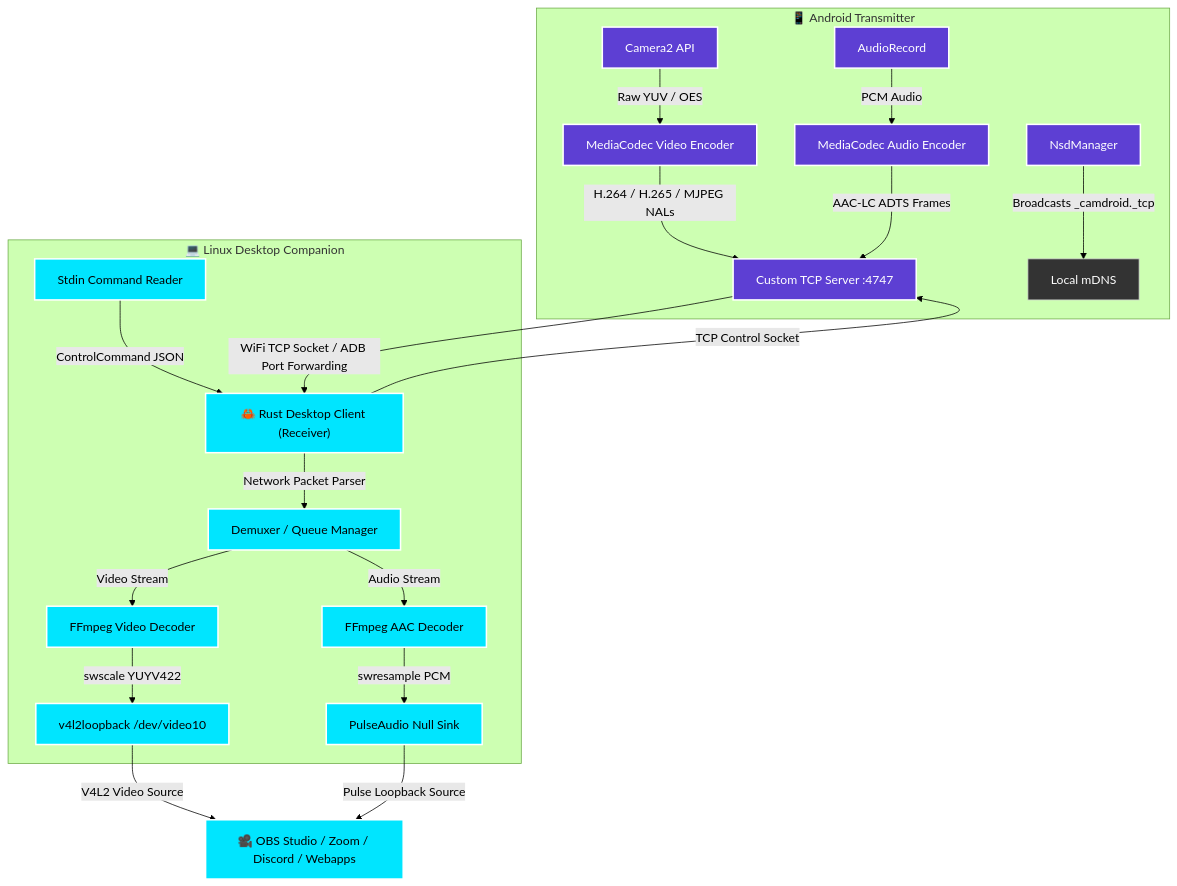
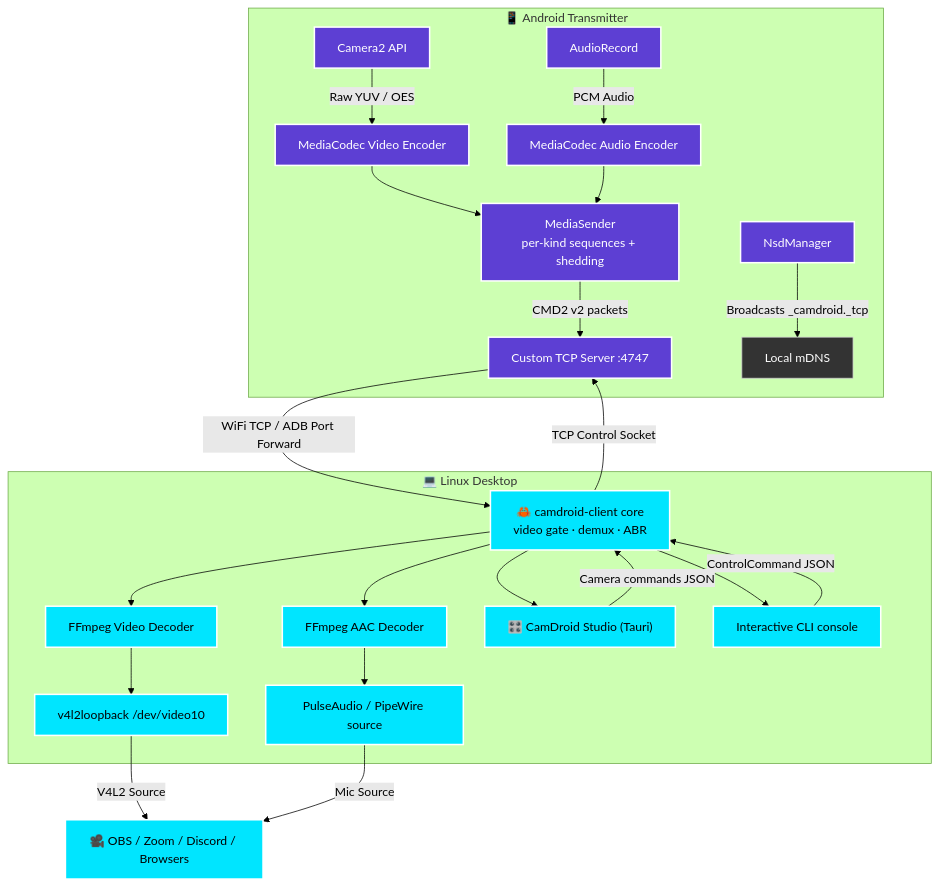
The diagram in README.md (ARYAN007H/CamDroid), drawn with Mermaid (forest theme) before and after one commit. The commit also changed other lines of this file and 3 other files, not shown here.

````diff
--- a/README.md
+++ b/README.md
@@ -52,36 +78,36 @@
 ```mermaid
 flowchart TD
-    %% Styling
     classDef phone fill:#5d3fd3,stroke:#fff,stroke-width:2px,color:#fff;
     classDef pc fill:#00E5FF,stroke:#fff,stroke-width:2px,color:#000;
     classDef net fill:#333,stroke:#ccc,stroke-width:1px,color:#fff;
 
     subgraph Phone ["📱 Android Transmitter"]
         Camera[Camera2 API] -->|Raw YUV / OES| VEnc[MediaCodec Video Encoder]
         Mic[AudioRecord] -->|PCM Audio| AEnc[MediaCodec Audio Encoder]
-        VEnc -->|H.264 / H.265 / MJPEG NALs| Server[Custom TCP Server :4747]
-        AEnc -->|AAC-LC ADTS Frames| Server
+        VEnc --> Sender[MediaSender<br/>per-kind sequences + shedding]
+        AEnc --> Sender
+        Sender -->|CMD2 v2 packets| Server[Custom TCP Server :4747]
         NSD[NsdManager] -->|Broadcasts _camdroid._tcp| mDNS[Local mDNS]
     end
 
-    Server -->|WiFi TCP Socket / ADB Port Forwarding| Client["🦀 Rust Desktop Client (Receiver)"]
+    Server -->|WiFi TCP / ADB Port Forward| Client["🦀 camdroid-client core<br/>video gate · demux · ABR"]
 
-    subgraph Desktop ["💻 Linux Desktop Companion"]
-        Client -->|Network Packet Parser| Demux[Demuxer / Queue Manager]
-        Demux -->|Video Stream| VDec[FFmpeg Video Decoder]
-        Demux -->|Audio Stream| ADec[FFmpeg AAC Decoder]
-        
-        VDec -->|swscale YUYV422| V4L2[v4l2loopback /dev/video10]
-        ADec -->|swresample PCM| Pulse[PulseAudio Null Sink]
-        
-        Stdin[Stdin Command Reader] -->|ControlCommand JSON| Client
+    subgraph Desktop ["💻 Linux Desktop"]
+        Client --> VDec[FFmpeg Video Decoder]
+        Client --> ADec[FFmpeg AAC Decoder]
+        VDec --> V4L2[v4l2loopback /dev/video10]
+        ADec --> Pulse[PulseAudio / PipeWire source]
+        Client --> Studio["🎛️ CamDroid Studio (Tauri)"]
+        Client --> CLI[Interactive CLI console]
     end
 
+    Studio -->|Camera commands JSON| Client
+    CLI -->|ControlCommand JSON| Client
     Client -->|TCP Control Socket| Server
-    V4L2 -->|V4L2 Video Source| OBS["🎥 OBS Studio / Zoom / Discord / Webapps"]
-    Pulse -->|Pulse Loopback Source| OBS
+    V4L2 -->|V4L2 Source| Apps["🎥 OBS / Zoom / Discord / Browsers"]
+    Pulse -->|Mic Source| Apps
 
-    class Camera,VEnc,Mic,AEnc,Server,NSD phone;
-    class Client,Demux,VDec,ADec,V4L2,Pulse,Stdin,OBS pc;
+    class Camera,VEnc,Mic,AEnc,Sender,Server,NSD phone;
+    class Client,VDec,ADec,V4L2,Pulse,Studio,CLI,Apps pc;
     class mDNS net;
 ```
````
